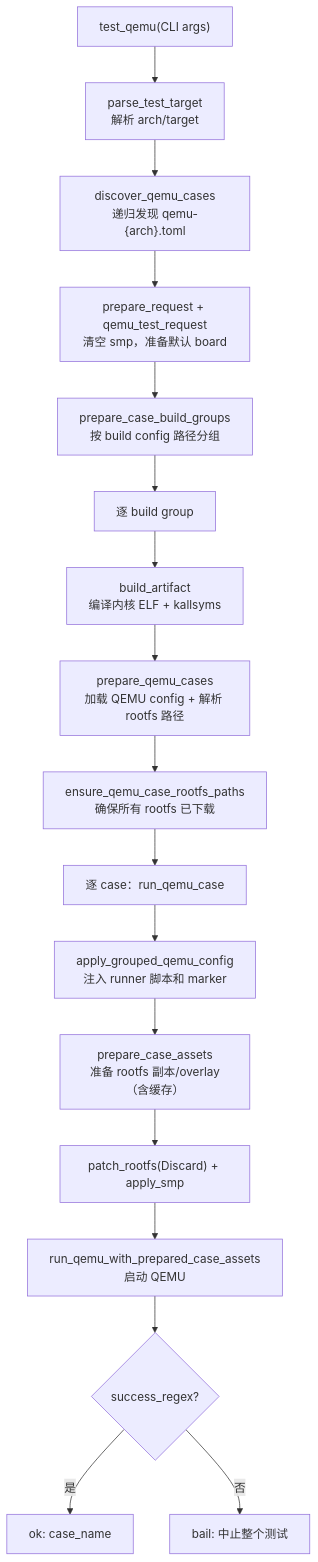
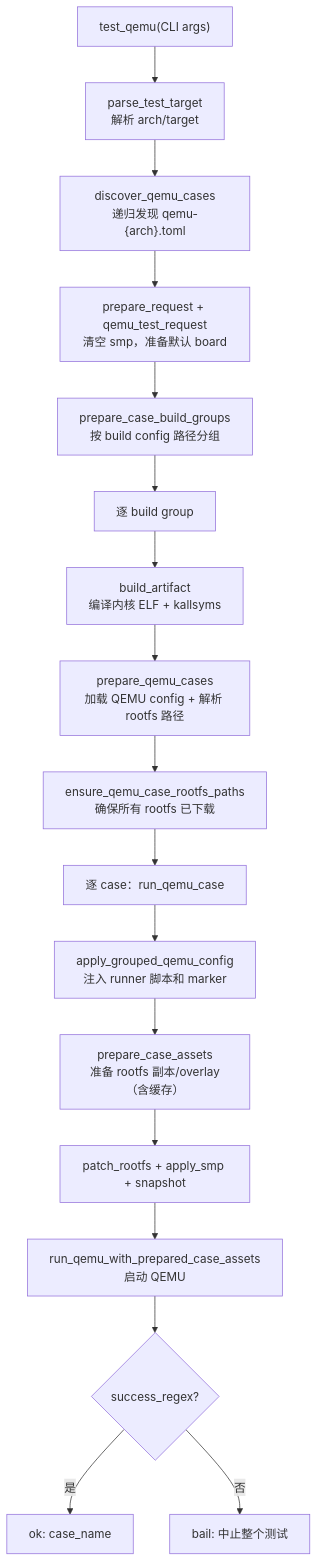
One commit to Dirinkbottle/tgoskits changed the diagram in docs/docs/build/starry/test.md. Above: the diagram before and after it, drawn with Mermaid. The commit also changed other lines of this file and 3840 other files, not shown here.

````diff
--- a/docs/docs/build/starry/test.md
+++ b/docs/docs/build/starry/test.md
@@ -51,19 +49,19 @@
 ```mermaid
 flowchart TD
     A["test_qemu(CLI args)"] --> B["parse_test_target<br/>解析 arch/target"]
     B --> C["discover_qemu_cases<br/>递归发现 qemu-{arch}.toml"]
     C --> D["prepare_request + qemu_test_request<br/>清空 smp，准备默认 board"]
     D --> E["prepare_case_build_groups<br/>按 build config 路径分组"]
     E --> F["逐 build group"]
     F --> G["build_artifact<br/>编译内核 ELF + kallsyms"]
     G --> H["prepare_qemu_cases<br/>加载 QEMU config + 解析 rootfs 路径"]
     H --> I["ensure_qemu_case_rootfs_paths<br/>确保所有 rootfs 已下载"]
     I --> J["逐 case：run_qemu_case"]
     J --> K["apply_grouped_qemu_config<br/>注入 runner 脚本和 marker"]
     K --> L["prepare_case_assets<br/>准备 rootfs 副本/overlay（含缓存）"]
-    L --> M["patch_rootfs(Discard) + apply_smp"]
+    L --> M["patch_rootfs + apply_smp + snapshot"]
     M --> N["run_qemu_with_prepared_case_assets<br/>启动 QEMU"]
     N --> O{"success_regex?"}
     O -->|是| P["ok: case_name"]
     O -->|否| Q["bail: 中止整个测试"]
 ```
````
